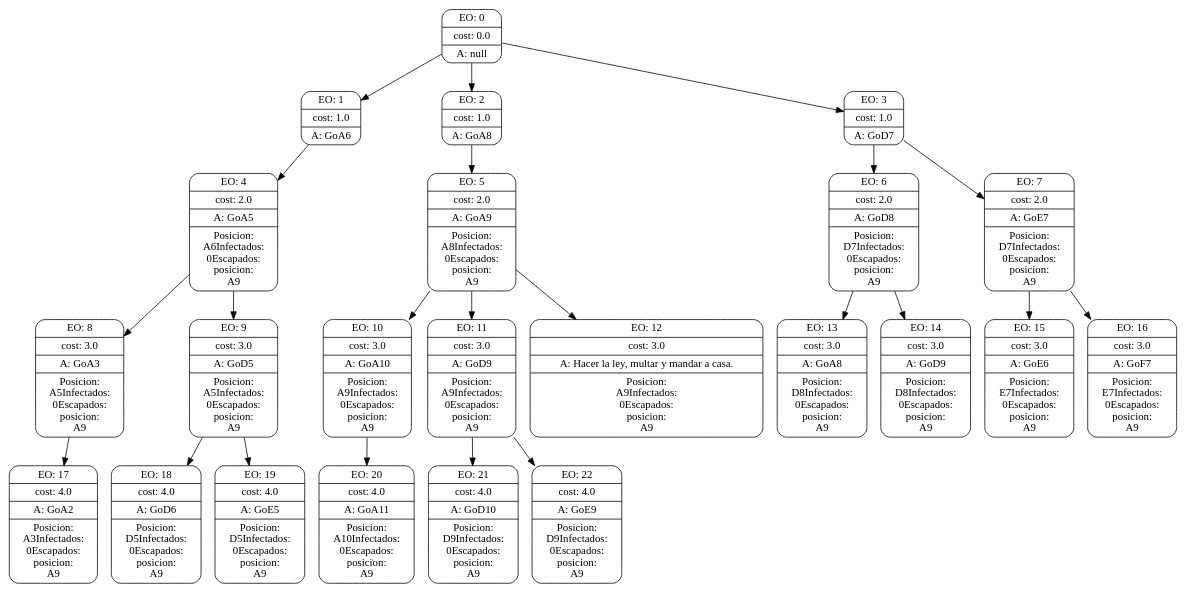
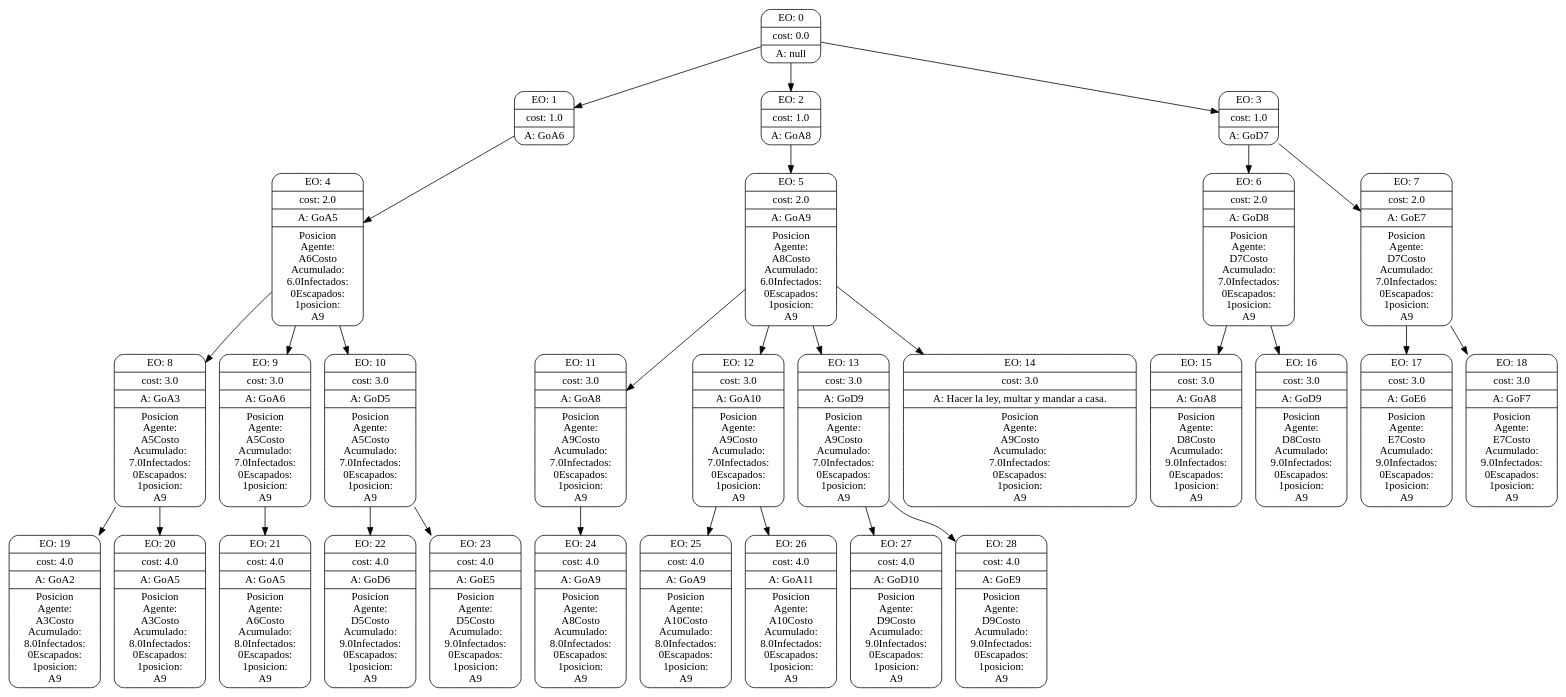
Before and after one commit to eliasbrizi/tp1IA: the diagram in inteligenciaArtificialTP1/searchGVTrees/5.dot, drawn with Graphviz. The commit also changed 570 other files, not shown here.

```diff
--- a/inteligenciaArtificialTP1/searchGVTrees/5.dot
+++ b/inteligenciaArtificialTP1/searchGVTrees/5.dot
@@ -2,143 +2,235 @@
 node [shape = Mrecord];
 nodo0[label="{EO: 0|cost: 0.0|A: null}"]
 nodo1[label="{EO: 1|cost: 1.0|A: GoA6}"]
-nodo4[label="{EO: 4|cost: 2.0|A: GoA5|Posicion:\nA6
+nodo4[label="{EO: 4|cost: 2.0|A: GoA5|
+Posicion\nAgente:\nA6
+Costo\nAcumulado:\n6.0
 Infectados:\n0
-Escapados:\n
-posicion:\nA9
+Escapados:\n1
+	posicion:\nA9
 }"]
-nodo8[label="{EO: 8|cost: 3.0|A: GoA3|Posicion:\nA5
+nodo8[label="{EO: 8|cost: 3.0|A: GoA3|
+Posicion\nAgente:\nA5
+Costo\nAcumulado:\n7.0
 Infectados:\n0
-Escapados:\n
-posicion:\nA9
+Escapados:\n1
+	posicion:\nA9
 }"]
-nodo17[label="{EO: 17|cost: 4.0|A: GoA2|Posicion:\nA3
+nodo19[label="{EO: 19|cost: 4.0|A: GoA2|
+Posicion\nAgente:\nA3
+Costo\nAcumulado:\n8.0
 Infectados:\n0
-Escapados:\n
-posicion:\nA9
+Escapados:\n1
+	posicion:\nA9
 }"]
 
-nodo8 -> nodo17;
+nodo8 -> nodo19;
+nodo20[label="{EO: 20|cost: 4.0|A: GoA5|
+Posicion\nAgente:\nA3
+Costo\nAcumulado:\n8.0
+Infectados:\n0
+Escapados:\n1
+	posicion:\nA9
+}"]
+
+nodo8 -> nodo20;
 
 nodo4 -> nodo8;
-nodo9[label="{EO: 9|cost: 3.0|A: GoD5|Posicion:\nA5
+nodo9[label="{EO: 9|cost: 3.0|A: GoA6|
+Posicion\nAgente:\nA5
+Costo\nAcumulado:\n7.0
 Infectados:\n0
-Escapados:\n
-posicion:\nA9
+Escapados:\n1
+	posicion:\nA9
 }"]
-nodo18[label="{EO: 18|cost: 4.0|A: GoD6|Posicion:\nD5
+nodo21[label="{EO: 21|cost: 4.0|A: GoA5|
+Posicion\nAgente:\nA6
+Costo\nAcumulado:\n8.0
 Infectados:\n0
-Escapados:\n
-posicion:\nA9
+Escapados:\n1
+	posicion:\nA9
 }"]
 
-nodo9 -> nodo18;
-nodo19[label="{EO: 19|cost: 4.0|A: GoE5|Posicion:\nD5
+nodo9 -> nodo21;
+
+nodo4 -> nodo9;
+nodo10[label="{EO: 10|cost: 3.0|A: GoD5|
+Posicion\nAgente:\nA5
+Costo\nAcumulado:\n7.0
 Infectados:\n0
-Escapados:\n
-posicion:\nA9
+Escapados:\n1
+	posicion:\nA9
+}"]
+nodo22[label="{EO: 22|cost: 4.0|A: GoD6|
+Posicion\nAgente:\nD5
+Costo\nAcumulado:\n9.0
+Infectados:\n0
+Escapados:\n1
+	posicion:\nA9
 }"]
 
-nodo9 -> nodo19;
+nodo10 -> nodo22;
+nodo23[label="{EO: 23|cost: 4.0|A: GoE5|
+Posicion\nAgente:\nD5
+Costo\nAcumulado:\n9.0
+Infectados:\n0
+Escapados:\n1
+	posicion:\nA9
+}"]
 
-nodo4 -> nodo9;
+nodo10 -> nodo23;
+
+nodo4 -> nodo10;
 
 nodo1 -> nodo4;
 
 nodo0 -> nodo1;
 nodo2[label="{EO: 2|cost: 1.0|A: GoA8}"]
-nodo5[label="{EO: 5|cost: 2.0|A: GoA9|Posicion:\nA8
+nodo5[label="{EO: 5|cost: 2.0|A: GoA9|
+Posicion\nAgente:\nA8
+Costo\nAcumulado:\n6.0
 Infectados:\n0
-Escapados:\n
-posicion:\nA9
+Escapados:\n1
+	posicion:\nA9
 }"]
-nodo10[label="{EO: 10|cost: 3.0|A: GoA10|Posicion:\nA9
+nodo11[label="{EO: 11|cost: 3.0|A: GoA8|
+Posicion\nAgente:\nA9
+Costo\nAcumulado:\n7.0
 Infectados:\n0
-Escapados:\n
-posicion:\nA9
+Escapados:\n1
+	posicion:\nA9
 }"]
-nodo20[label="{EO: 20|cost: 4.0|A: GoA11|Posicion:\nA10
+nodo24[label="{EO: 24|cost: 4.0|A: GoA9|
+Posicion\nAgente:\nA8
+Costo\nAcumulado:\n8.0
 Infectados:\n0
-Escapados:\n
-posicion:\nA9
+Escapados:\n1
+	posicion:\nA9
 }"]
 
-nodo10 -> nodo20;
+nodo11 -> nodo24;
 
-nodo5 -> nodo10;
-nodo11[label="{EO: 11|cost: 3.0|A: GoD9|Posicion:\nA9
+nodo5 -> nodo11;
+nodo12[label="{EO: 12|cost: 3.0|A: GoA10|
+Posicion\nAgente:\nA9
+Costo\nAcumulado:\n7.0
 Infectados:\n0
-Escapados:\n
-posicion:\nA9
+Escapados:\n1
+	posicion:\nA9
 }"]
-nodo21[label="{EO: 21|cost: 4.0|A: GoD10|Posicion:\nD9
+nodo25[label="{EO: 25|cost: 4.0|A: GoA9|
+Posicion\nAgente:\nA10
+Costo\nAcumulado:\n8.0
 Infectados:\n0
-Escapados:\n
-posicion:\nA9
+Escapados:\n1
+	posicion:\nA9
 }"]
 
-nodo11 -> nodo21;
-nodo22[label="{EO: 22|cost: 4.0|A: GoE9|Posicion:\nD9
+nodo12 -> nodo25;
+nodo26[label="{EO: 26|cost: 4.0|A: GoA11|
+Posicion\nAgente:\nA10
+Costo\nAcumulado:\n8.0
 Infectados:\n0
-Escapados:\n
-posicion:\nA9
+Escapados:\n1
+	posicion:\nA9
 }"]
 
-nodo11 -> nodo22;
+nodo12 -> nodo26;
 
-nodo5 -> nodo11;
-nodo12[label="{EO: 12|cost: 3.0|A: Hacer la ley, multar y mandar a casa.|Posicion:\nA9
+nodo5 -> nodo12;
+nodo13[label="{EO: 13|cost: 3.0|A: GoD9|
+Posicion\nAgente:\nA9
+Costo\nAcumulado:\n7.0
 Infectados:\n0
-Escapados:\n
-posicion:\nA9
+Escapados:\n1
+	posicion:\nA9
+}"]
+nodo27[label="{EO: 27|cost: 4.0|A: GoD10|
+Posicion\nAgente:\nD9
+Costo\nAcumulado:\n9.0
+Infectados:\n0
+Escapados:\n1
+	posicion:\nA9
 }"]
 
-nodo5 -> nodo12;
+nodo13 -> nodo27;
+nodo28[label="{EO: 28|cost: 4.0|A: GoE9|
+Posicion\nAgente:\nD9
+Costo\nAcumulado:\n9.0
+Infectados:\n0
+Escapados:\n1
+	posicion:\nA9
+}"]
+
+nodo13 -> nodo28;
+
+nodo5 -> nodo13;
+nodo14[label="{EO: 14|cost: 3.0|A: Hacer la ley, multar y mandar a casa.|
+Posicion\nAgente:\nA9
+Costo\nAcumulado:\n7.0
+Infectados:\n0
+Escapados:\n1
+	posicion:\nA9
+}"]
+
+nodo5 -> nodo14;
 
 nodo2 -> nodo5;
 
 nodo0 -> nodo2;
 nodo3[label="{EO: 3|cost: 1.0|A: GoD7}"]
-nodo6[label="{EO: 6|cost: 2.0|A: GoD8|Posicion:\nD7
+nodo6[label="{EO: 6|cost: 2.0|A: GoD8|
+Posicion\nAgente:\nD7
+Costo\nAcumulado:\n7.0
 Infectados:\n0
-Escapados:\n
-posicion:\nA9
+Escapados:\n1
+	posicion:\nA9
 }"]
-nodo13[label="{EO: 13|cost: 3.0|A: GoA8|Posicion:\nD8
+nodo15[label="{EO: 15|cost: 3.0|A: GoA8|
+Posicion\nAgente:\nD8
+Costo\nAcumulado:\n9.0
 Infectados:\n0
-Escapados:\n
-posicion:\nA9
+Escapados:\n1
+	posicion:\nA9
 }"]
 
-nodo6 -> nodo13;
-nodo14[label="{EO: 14|cost: 3.0|A: GoD9|Posicion:\nD8
+nodo6 -> nodo15;
+nodo16[label="{EO: 16|cost: 3.0|A: GoD9|
+Posicion\nAgente:\nD8
+Costo\nAcumulado:\n9.0
 Infectados:\n0
-Escapados:\n
-posicion:\nA9
+Escapados:\n1
+	posicion:\nA9
 }"]
 
-nodo6 -> nodo14;
+nodo6 -> nodo16;
 
 nodo3 -> nodo6;
-nodo7[label="{EO: 7|cost: 2.0|A: GoE7|Posicion:\nD7
+nodo7[label="{EO: 7|cost: 2.0|A: GoE7|
+Posicion\nAgente:\nD7
+Costo\nAcumulado:\n7.0
 Infectados:\n0
-Escapados:\n
-posicion:\nA9
+Escapados:\n1
+	posicion:\nA9
 }"]
-nodo15[label="{EO: 15|cost: 3.0|A: GoE6|Posicion:\nE7
+nodo17[label="{EO: 17|cost: 3.0|A: GoE6|
+Posicion\nAgente:\nE7
+Costo\nAcumulado:\n9.0
 Infectados:\n0
-Escapados:\n
-posicion:\nA9
+Escapados:\n1
+	posicion:\nA9
 }"]
 
-nodo7 -> nodo15;
-nodo16[label="{EO: 16|cost: 3.0|A: GoF7|Posicion:\nE7
+nodo7 -> nodo17;
+nodo18[label="{EO: 18|cost: 3.0|A: GoF7|
+Posicion\nAgente:\nE7
+Costo\nAcumulado:\n9.0
 Infectados:\n0
-Escapados:\n
-posicion:\nA9
+Escapados:\n1
+	posicion:\nA9
 }"]
 
-nodo7 -> nodo16;
+nodo7 -> nodo18;
 
 nodo3 -> nodo7;
 
```
